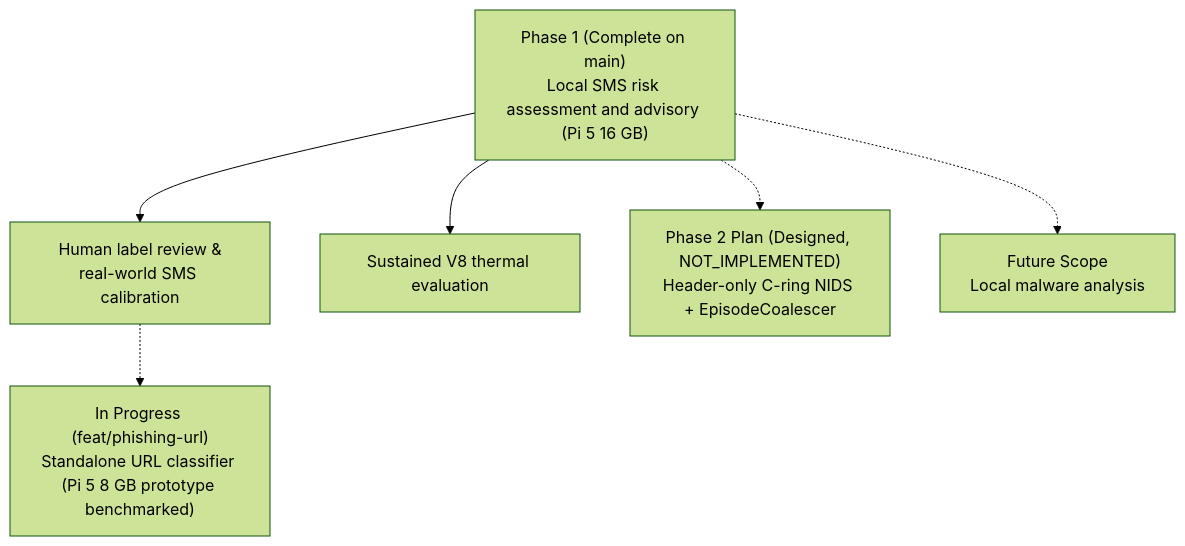
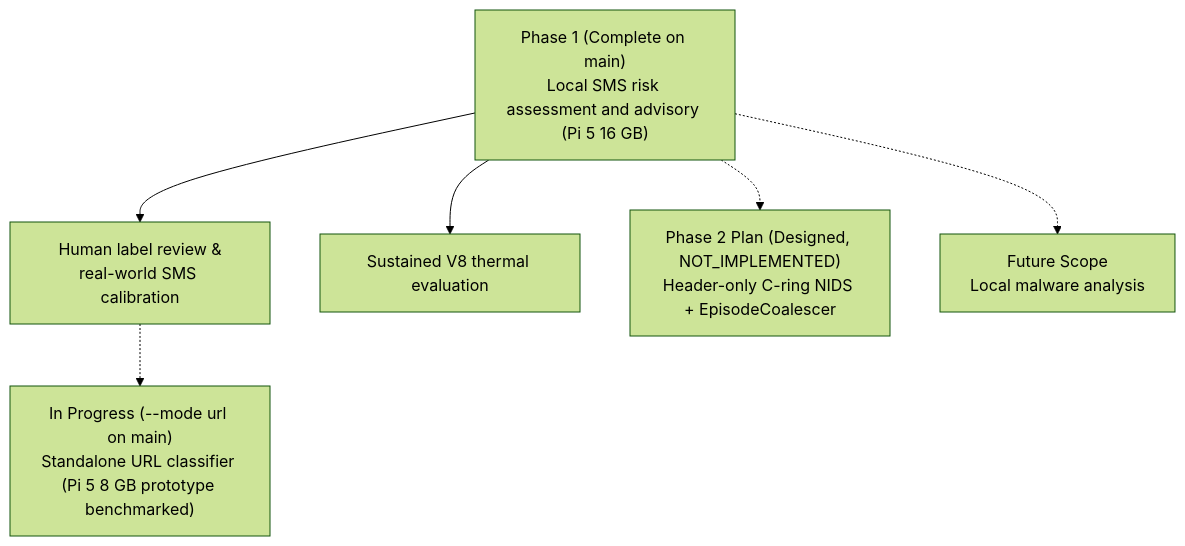
One commit to mohamedzayn472/EdgeShield2.0 changed the fourth of 4 diagrams in README.md. Above: the diagram before and after it, drawn with Mermaid (forest theme). The commit also changed other lines of this file and 4 other files, not shown here.

Commit message:
Reconcile README and docs after merging Phishing URL prototype onto main

````diff
--- a/README.md
+++ b/README.md
@@ -1290,18 +1287,18 @@
 ```mermaid
 flowchart TD
     A["Phase 1 (Complete on main)<br/>Local SMS risk assessment and advisory (Pi 5 16 GB)"]
 
     B["Human label review &<br/>real-world SMS calibration"]
     C["Sustained V8 thermal evaluation"]
 
-    E["In Progress (feat/phishing-url)<br/>Standalone URL classifier (Pi 5 8 GB prototype benchmarked)"]
+    E["In Progress (--mode url on main)<br/>Standalone URL classifier (Pi 5 8 GB prototype benchmarked)"]
     F["Phase 2 Plan (Designed, NOT_IMPLEMENTED)<br/>Header-only C-ring NIDS + EpisodeCoalescer"]
     G["Future Scope<br/>Local malware analysis"]
 
     A --> B
     A --> C
 
     B -.-> E
     A -.-> F
     A -.-> G
 ```
````
